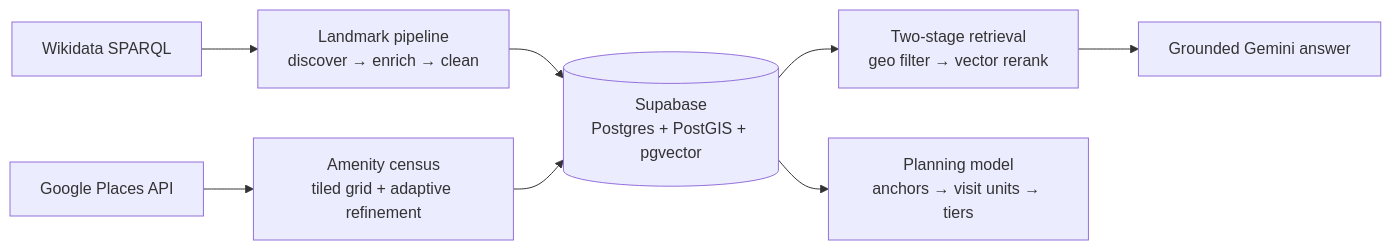
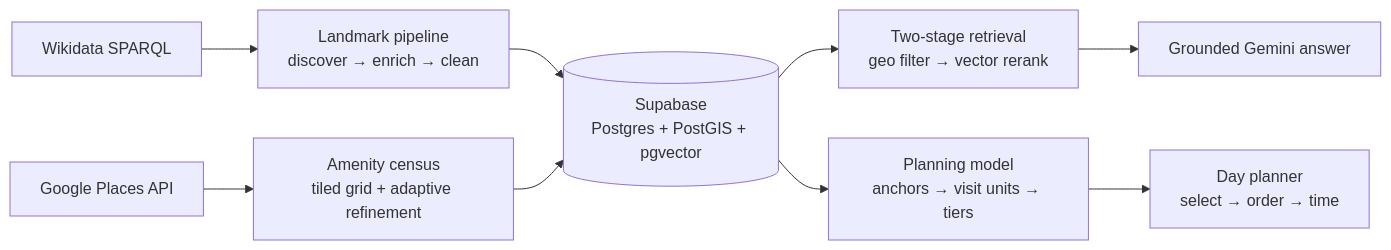
Before and after one commit to uzeyir-bayramli-3379/goAl_ML_side: the diagram in README.md, drawn with Mermaid. The commit also changed other lines of this file, not shown here.

````diff
--- a/README.md
+++ b/README.md
@@ -21,10 +21,11 @@
 ```mermaid
 flowchart LR
     W[Wikidata SPARQL] --> L[Landmark pipeline<br/>discover → enrich → clean]
     G[Google Places API] --> A[Amenity census<br/>tiled grid + adaptive refinement]
     L --> DB[(Supabase<br/>Postgres + PostGIS + pgvector)]
     A --> DB
     DB --> R[Two-stage retrieval<br/>geo filter → vector rerank]
     R --> N[Grounded Gemini answer]
     DB --> P[Planning model<br/>anchors → visit units → tiers]
+    P --> D[Day planner<br/>select → order → time]
 ```
````
